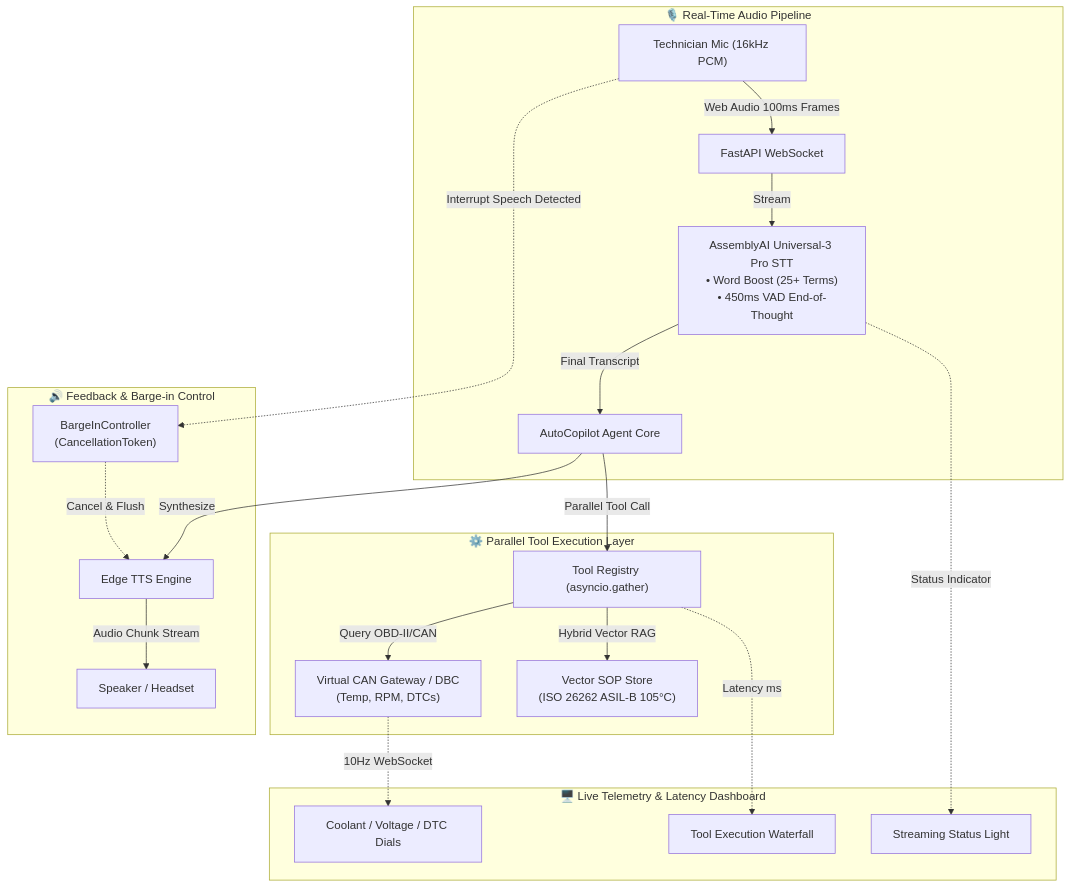
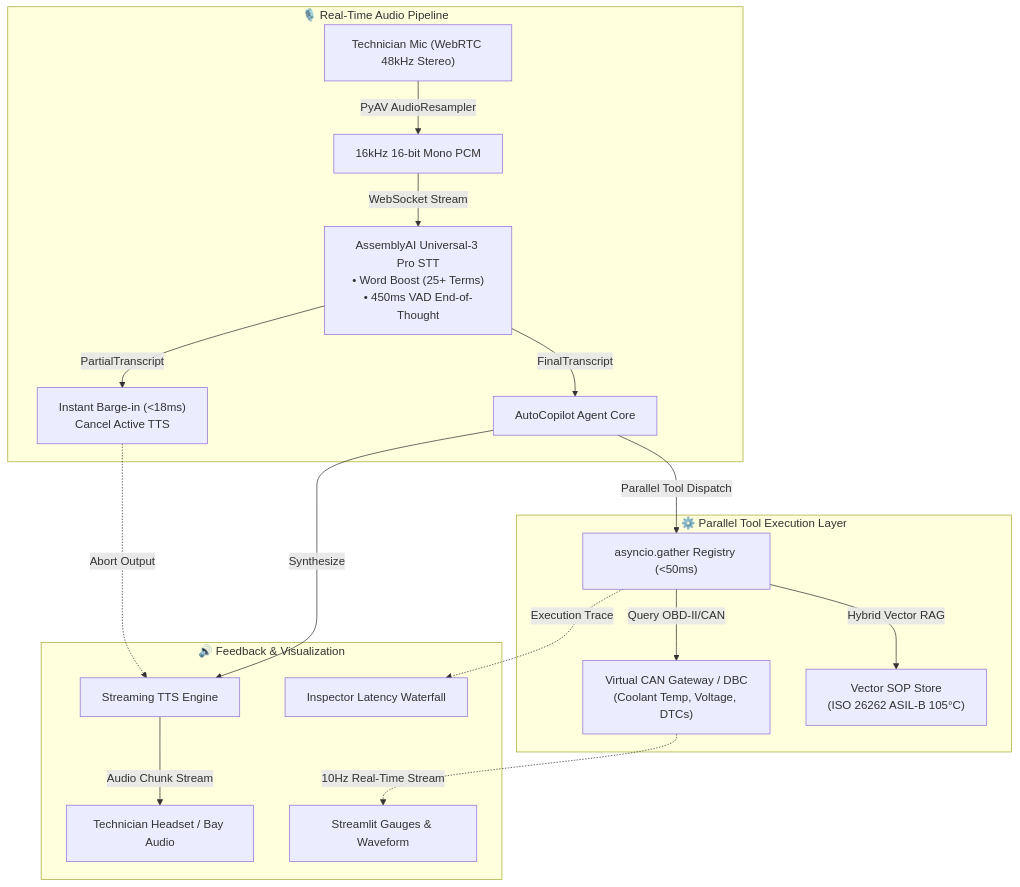
Before and after one commit to jackhu24-ship-it/ai-free: the diagram in auto_copilot/README.md, drawn with Mermaid. The commit also changed other lines of this file and 1 other file, not shown here.

````diff
--- a/auto_copilot/README.md
+++ b/auto_copilot/README.md
@@ -33,27 +48,23 @@
 ```mermaid
 flowchart TD
     subgraph Audio_Pipeline ["🎙️ Real-Time Audio Pipeline"]
-        Mic["Technician Mic (16kHz PCM)"] -->|Web Audio 100ms Frames| WS_In["FastAPI WebSocket"]
-        WS_In -->|Stream| AAI["AssemblyAI Universal-3 Pro STT\n• Word Boost (25+ Terms)\n• 450ms VAD End-of-Thought"]
-        AAI -->|Final Transcript| Agent["AutoCopilot Agent Core"]
+        Mic["Technician Mic (WebRTC 48kHz Stereo)"] -->|PyAV AudioResampler| Resample["16kHz 16-bit Mono PCM"]
+        Resample -->|WebSocket Stream| AAI["AssemblyAI Universal-3 Pro STT\n• Word Boost (25+ Terms)\n• 450ms VAD End-of-Thought"]
+        AAI -->|PartialTranscript| BargeIn["Instant Barge-in (<18ms)\nCancel Active TTS"]
+        AAI -->|FinalTranscript| Agent["AutoCopilot Agent Core"]
     end
 
     subgraph Tool_Execution ["⚙️ Parallel Tool Execution Layer"]
-        Agent -->|Parallel Tool Call| Dispatcher["Tool Registry (asyncio.gather)"]
-        Dispatcher -->|Query OBD-II/CAN| CAN["Virtual CAN Gateway / DBC\n(Temp, RPM, DTCs)"]
+        Agent -->|Parallel Tool Dispatch| Dispatcher["asyncio.gather Registry (<50ms)"]
+        Dispatcher -->|Query OBD-II/CAN| CAN["Virtual CAN Gateway / DBC\n(Coolant Temp, Voltage, DTCs)"]
         Dispatcher -->|Hybrid Vector RAG| RAG["Vector SOP Store\n(ISO 26262 ASIL-B 105°C)"]
     end
 
-    subgraph Audio_Feedback ["🔊 Feedback & Barge-in Control"]
-        Agent -->|Synthesize| TTS["Edge TTS Engine"]
-        TTS -->|Audio Chunk Stream| Speaker["Speaker / Headset"]
-        Mic -.->|Interrupt Speech Detected| BargeIn["BargeInController\n(CancellationToken)"]
-        BargeIn -.->|Cancel & Flush| TTS
-    end
-
-    subgraph Visual_UI ["🖥️ Live Telemetry & Latency Dashboard"]
-        CAN -.->|10Hz WebSocket| Gauges["Coolant / Voltage / DTC Dials"]
-        Dispatcher -.->|Latency ms| Waterfall["Tool Execution Waterfall"]
-        AAI -.->|Status Indicator| Status["Streaming Status Light"]
+    subgraph Feedback_Layer ["🔊 Feedback & Visualization"]
+        Agent -->|Synthesize| TTS["Streaming TTS Engine"]
+        TTS -->|Audio Chunk Stream| Speaker["Technician Headset / Bay Audio"]
+        BargeIn -.->|Abort Output| TTS
+        CAN -.->|10Hz Real-Time Stream| Gauges["Streamlit Gauges & Waveform"]
+        Dispatcher -.->|Execution Trace| Latency["Inspector Latency Waterfall"]
     end
 ```
````
